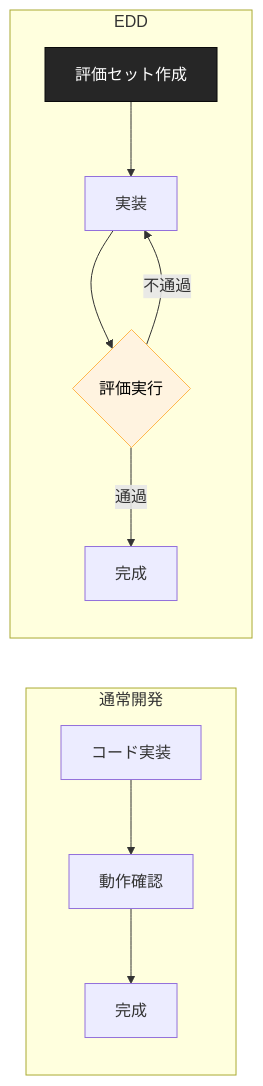
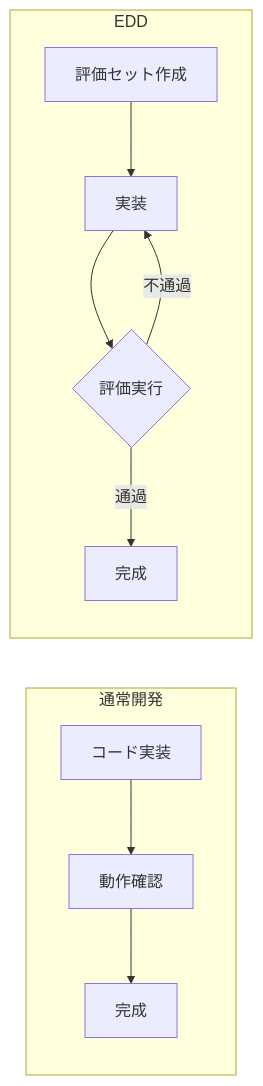
One commit to dinekt/dinekt-wiki changed the first of 2 diagrams in docs/concepts/eval-driven-development-llm-機能開発は評価から始める.md. Above: the diagram before and after it, drawn with Mermaid. The commit also changed other lines of this file and 70 other files, not shown here.

First line of the commit message:
fix(mermaid): strip all inline styling, rely on theme

````diff
--- a/docs/concepts/eval-driven-development-llm-機能開発は評価から始める.md
+++ b/docs/concepts/eval-driven-development-llm-機能開発は評価から始める.md
@@ -25,14 +25,12 @@
 ```mermaid
 flowchart LR
     subgraph 通常開発
       C1[コード実装] --> R1[動作確認] --> D1[完成]
     end
     subgraph EDD
       E[評価セット作成] --> I[実装] --> T{評価実行}
       T -->|通過| D2[完成]
       T -->|不通過| I
     end
 
-    style E fill:#262626,color:#fff,stroke:#0a0a0a
-    style T fill:#fff3e0,stroke:#ffb74d,color:#000
 ```
````
